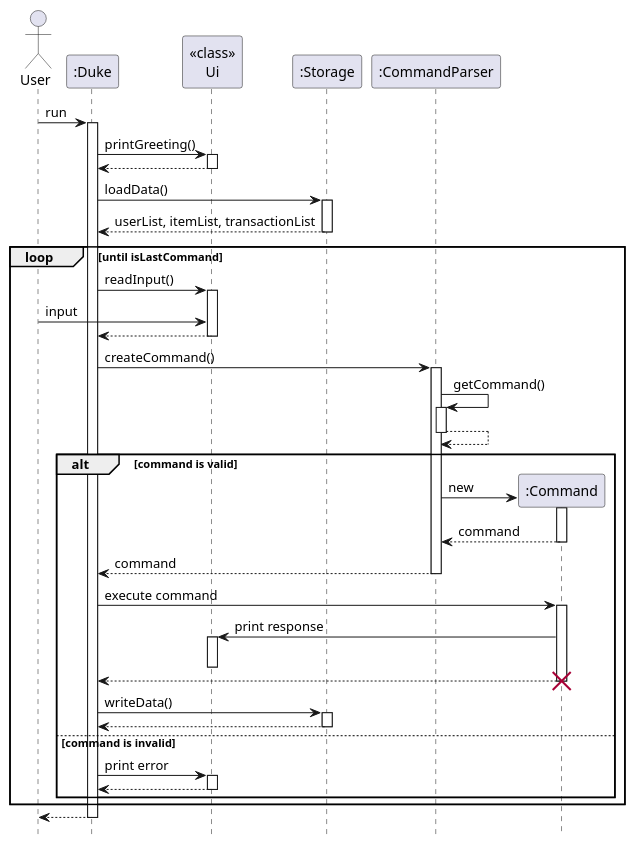
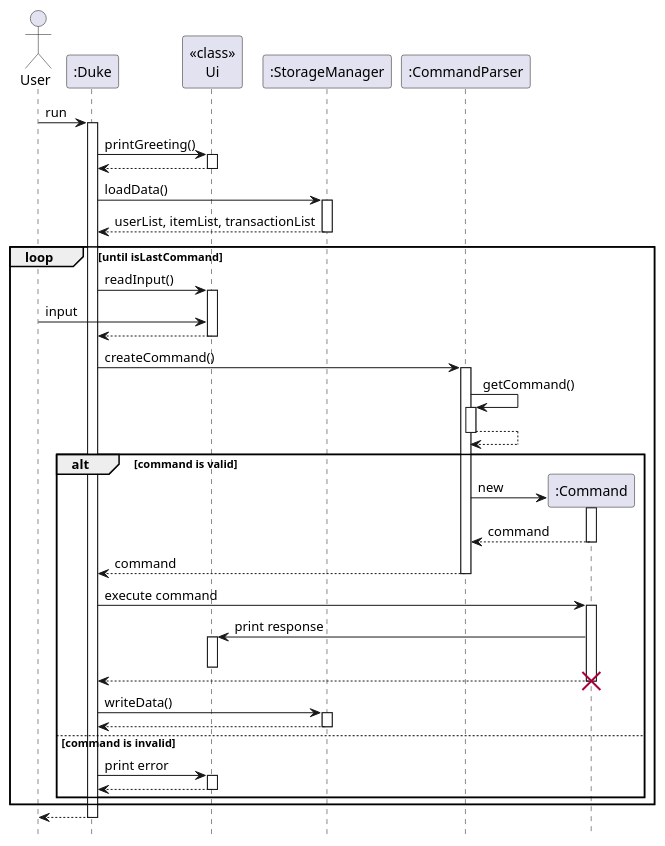
One commit to nus-cs2113-AY2223S1/tp changed the diagram in docs/diagrams/duke/DukeSequence.puml. Above: the diagram before and after it, drawn with PlantUML. The commit also changed 2 other files, not shown here.

```diff
--- a/docs/diagrams/duke/DukeSequence.puml
+++ b/docs/diagrams/duke/DukeSequence.puml
@@ -1,53 +1,53 @@
 @startuml
 hide footbox
 
 Actor User
 User -> ":Duke" : run
 activate ":Duke"
 ":Duke" -> "<<class>>\nUi" : printGreeting()
 activate "<<class>>\nUi"
 "<<class>>\nUi" --> ":Duke"
 deactivate "<<class>>\nUi"
-":Duke" -> ":Storage" : loadData()
-activate ":Storage"
+":Duke" -> ":StorageManager" : loadData()
+activate ":StorageManager"
 return userList, itemList, transactionList
 loop until isLastCommand
     ":Duke" -> "<<class>>\nUi": readInput()
     activate "<<class>>\nUi"
     User -> "<<class>>\nUi":input
     return
     ":Duke" -> ":CommandParser" : createCommand()
     activate ":CommandParser"
     ":CommandParser" -> ":CommandParser" : getCommand()
     activate ":CommandParser"
     ":CommandParser" --> ":CommandParser"
     deactivate ":CommandParser"
 
     alt command is valid
         ":CommandParser" -> ":Command"**: new
         activate ":Command"
         return command
         return command
         ":Duke" -> ":Command" : execute command
         activate ":Command"
         ":Command" -> "<<class>>\nUi": print response
         activate "<<class>>\nUi"
         deactivate "<<class>>\nUi"
         ":Command" --> ":Duke"
         deactivate ":Command"
         destroy ":Command"
-        ":Duke" -> ":Storage" : writeData()
-        activate ":Storage"
+        ":Duke" -> ":StorageManager" : writeData()
+        activate ":StorageManager"
         return
 
     else command is invalid
         ":Duke" -> "<<class>>\nUi" : print error
         activate "<<class>>\nUi"
         "<<class>>\nUi" --> ":Duke"
         deactivate "<<class>>\nUi"
     end
 end
 ":Duke" --> "User"
 deactivate ":Duke"
 
 @enduml
```
